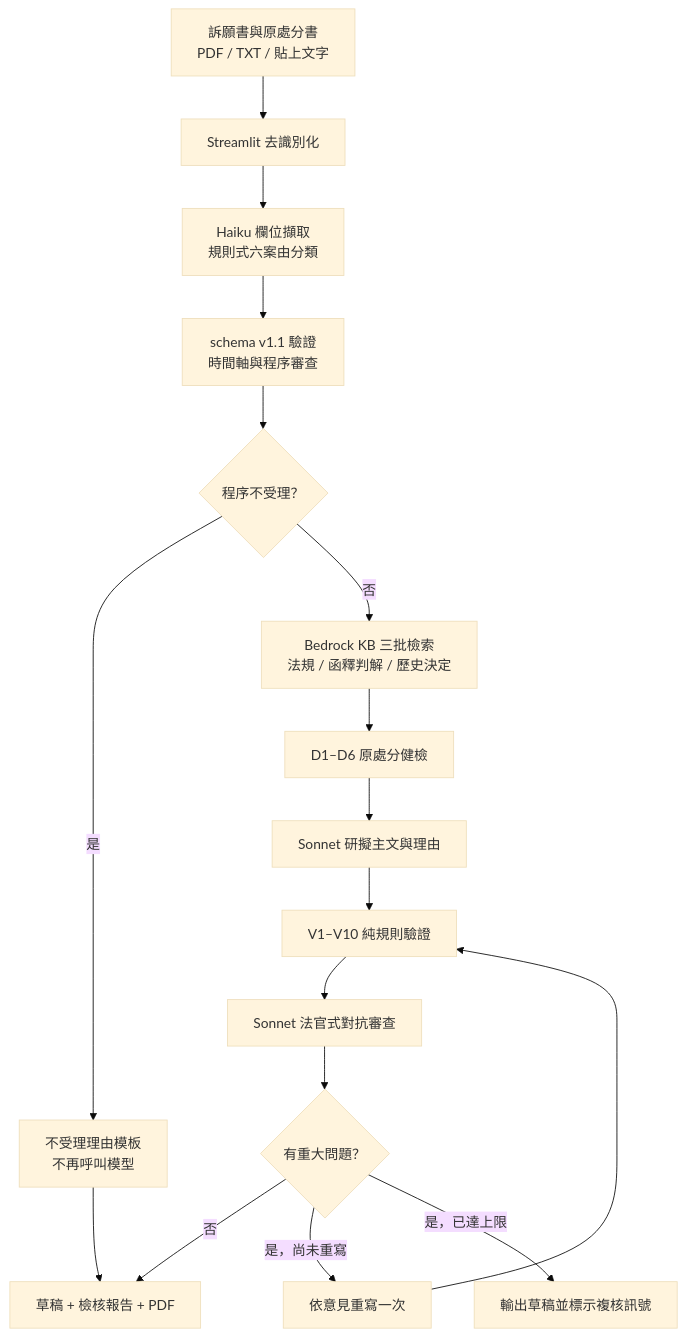
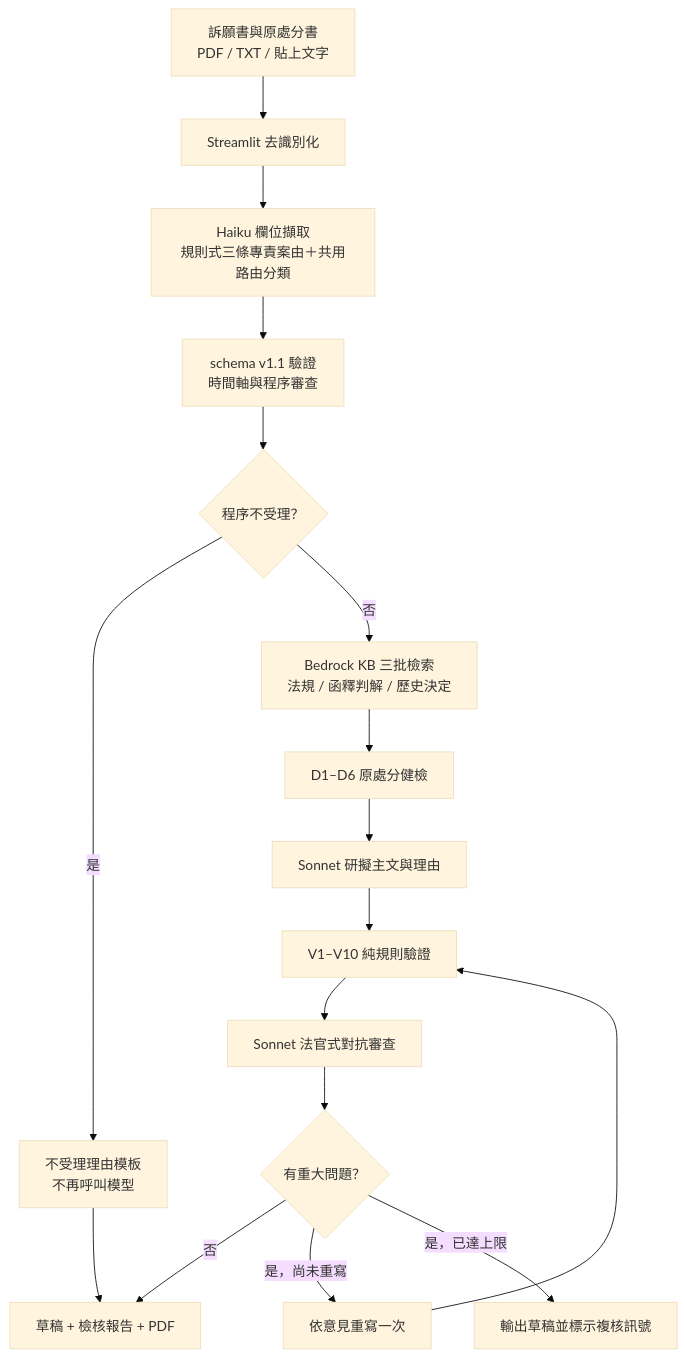
Before and after one commit to jsyang0322/2026_NTPC_hackathon: the diagram in README.md, drawn with Mermaid (base theme). The commit also changed other lines of this file and 1 other file, not shown here.

````diff
--- a/README.md
+++ b/README.md
@@ -52,19 +52,19 @@
 ```mermaid
 flowchart TD
     A[訴願書與原處分書<br/>PDF / TXT / 貼上文字] --> B[Streamlit 去識別化]
-    B --> C[Haiku 欄位擷取<br/>規則式六案由分類]
+    B --> C[Haiku 欄位擷取<br/>規則式三條專責案由＋共用路由分類]
     C --> D[schema v1.1 驗證<br/>時間軸與程序審查]
     D --> E{程序不受理？}
     E -- 是 --> F[不受理理由模板<br/>不再呼叫模型]
     E -- 否 --> G[Bedrock KB 三批檢索<br/>法規 / 函釋判解 / 歷史決定]
     G --> H[D1–D6 原處分健檢]
     H --> I[Sonnet 研擬主文與理由]
     I --> J[V1–V10 純規則驗證]
     J --> K[Sonnet 法官式對抗審查]
     K --> L{有重大問題？}
     L -- 否 --> M[草稿 + 檢核報告 + PDF]
     L -- 是，尚未重寫 --> N[依意見重寫一次]
     N --> J
     L -- 是，已達上限 --> O[輸出草稿並標示複核訊號]
     F --> M
 ```
````
